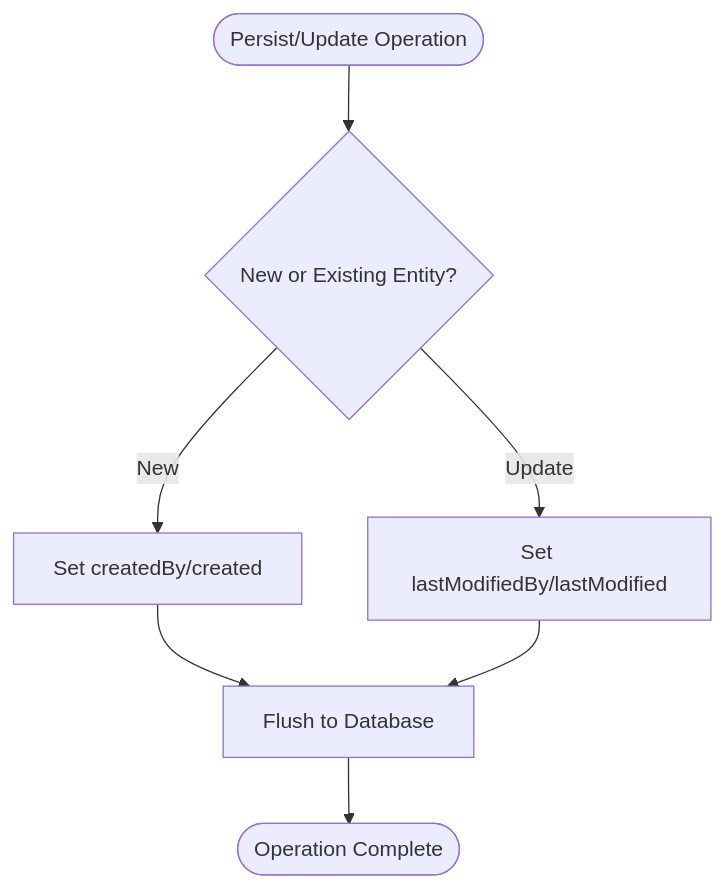
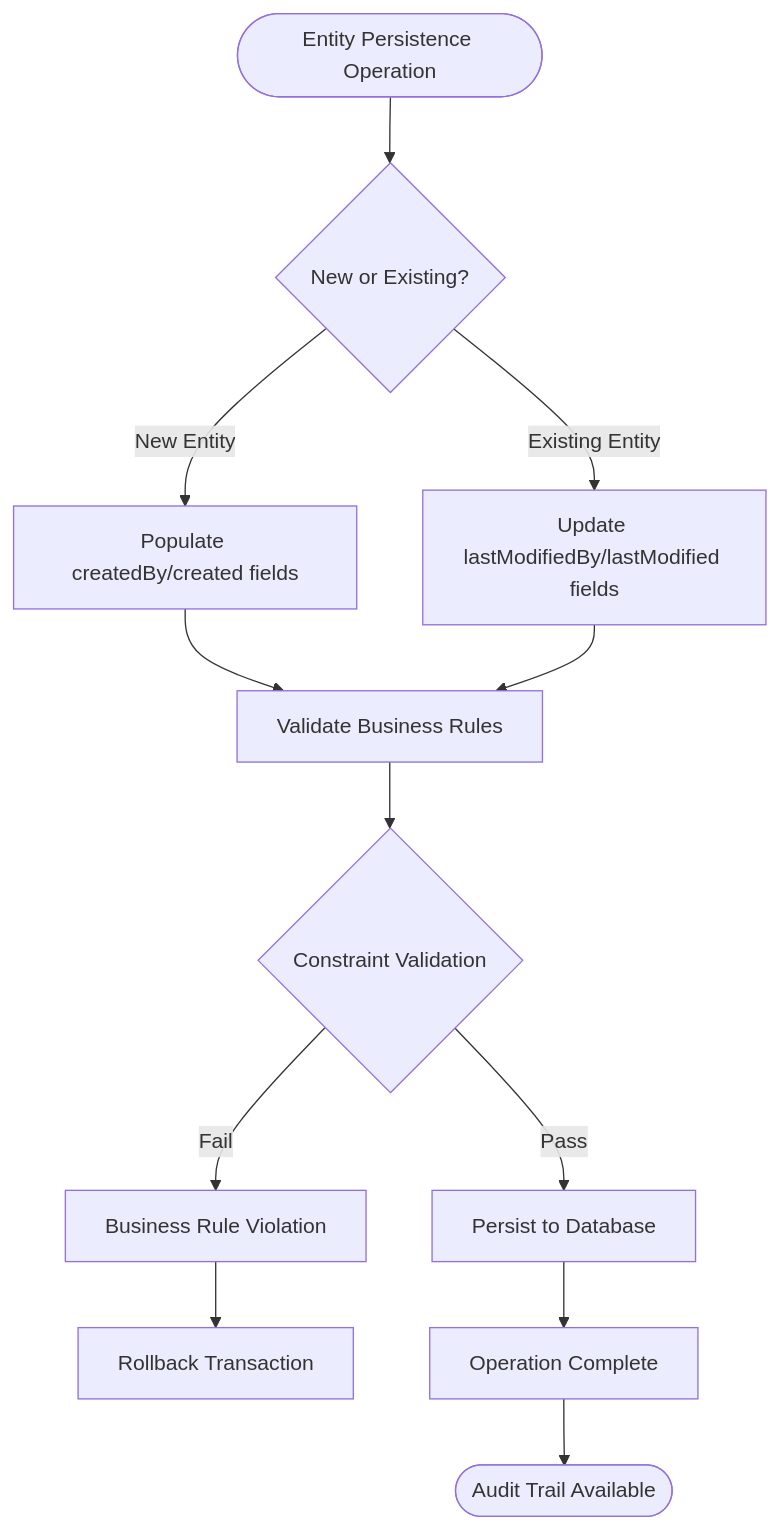
Before and after one commit to effinrich/rh-nx-monorepo: the sixth of 11 diagrams in .qoder/repowiki/en/content/Data Management.md, drawn with Mermaid. The commit also changed other lines of this file and 130 other files, not shown here.

````diff
--- a/.qoder/repowiki/en/content/Data Management.md
+++ b/.qoder/repowiki/en/content/Data Management.md
@@ -287,9 +372,14 @@
 ```mermaid
 flowchart TD
-Start(["Persist/Update Operation"]) --> NewOrExisting{"New or Existing Entity?"}
-NewOrExisting --> |New| SetAuditOnCreate["Set createdBy/created"]
-NewOrExisting --> |Update| SetAuditOnModify["Set lastModifiedBy/lastModified"]
-SetAuditOnCreate --> Persist["Flush to Database"]
-SetAuditOnModify --> Persist
-Persist --> End(["Operation Complete"])
+Start(["Entity Persistence Operation"]) --> Check{"New or Existing?"}
+Check --> |New Entity| CreateAudit["Populate createdBy/created fields"]
+Check --> |Existing Entity| ModifyAudit["Update lastModifiedBy/lastModified fields"]
+CreateAudit --> Validate["Validate Business Rules"]
+ModifyAudit --> Validate
+Validate --> Constraints{"Constraint Validation"}
+Constraints --> |Pass| Persist["Persist to Database"]
+Constraints --> |Fail| Error["Business Rule Violation"]
+Error --> Rollback["Rollback Transaction"]
+Persist --> Complete["Operation Complete"]
+Complete --> End(["Audit Trail Available"])
 ```
````
